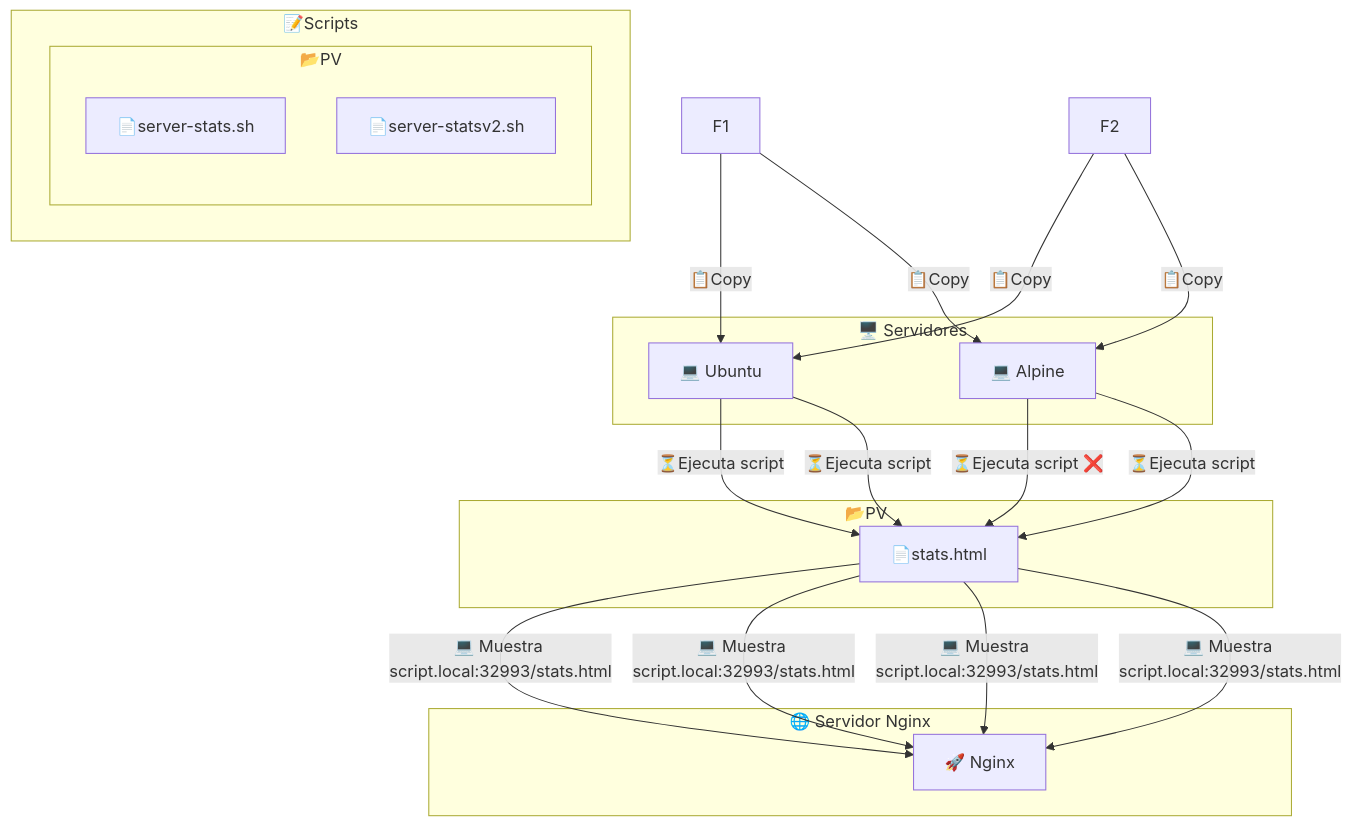
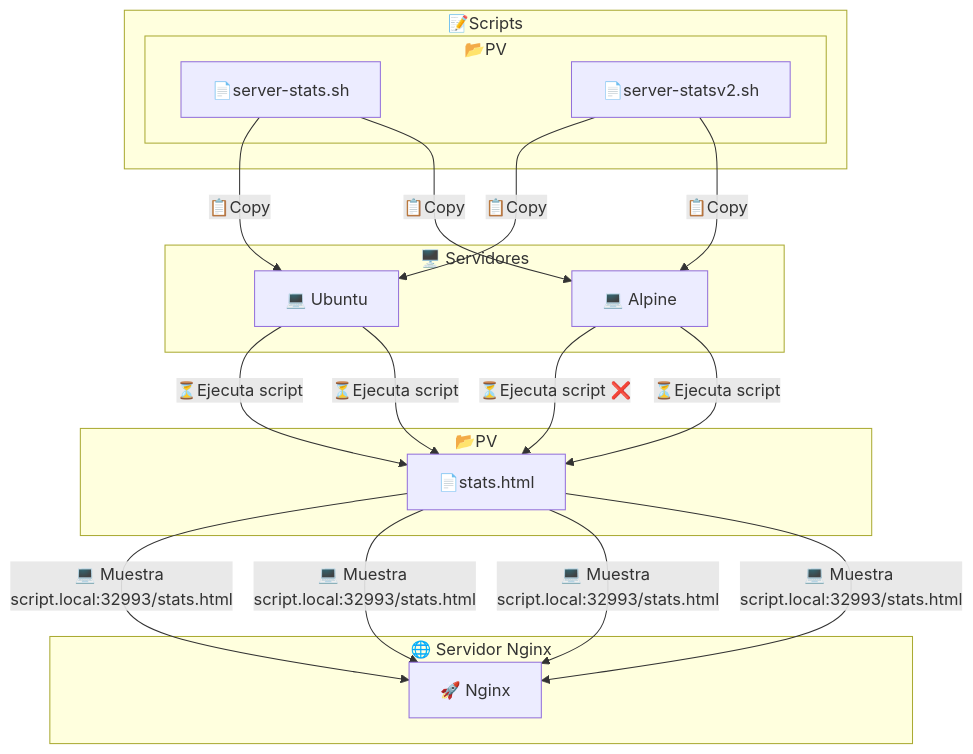
Before and after one commit to donas11/https-roadmap.sh-projects-server-stats: the diagram in SchemeServerIdea.md, drawn with Mermaid.

Commit message:
Terraform files orgnaitztion

````diff
--- a/SchemeServerIdea.md
+++ b/SchemeServerIdea.md
@@ -3,39 +3,39 @@
 ```mermaid
 graph TD;
     subgraph Servidor["🖥️ Servidores"]
         S1["💻 Ubuntu"];
         S2["💻 Alpine"];
     end
 
     subgraph Scripts["📝Scripts"]
         subgraph Persist_volumen_IN["📂PV"]
-            I1["📄server-stats.sh "];
-            I2["📄server-statsv2.sh "];
+            F1["📄server-stats.sh "];
+            F2["📄server-statsv2.sh "];
         end
     end
         subgraph Persist_volumen_out["📂PV"]
         O["📄stats.html "];
     end
 
     subgraph Nginx_Server["🌐 Servidor Nginx"]
         N["🚀 Nginx"];
     end;
 
     F1 -->|📋Copy| S1 
     S1 -->|⏳Ejecuta script| O
     O -->|💻 Muestra script.local:32993/stats.html |N
 
     F1 -->|📋Copy| S2 
     S2 -->|⏳Ejecuta script ❌| O
     O -->|💻 Muestra script.local:32993/stats.html |N
 
     F2 -->|📋Copy| S1 
     S1 -->|⏳Ejecuta script| O
     O -->|💻 Muestra script.local:32993/stats.html |N
 
     F2 -->|📋Copy| S2 
     S2 -->|⏳Ejecuta script| O
     O -->|💻 Muestra script.local:32993/stats.html |N
 
 
 ```
````
